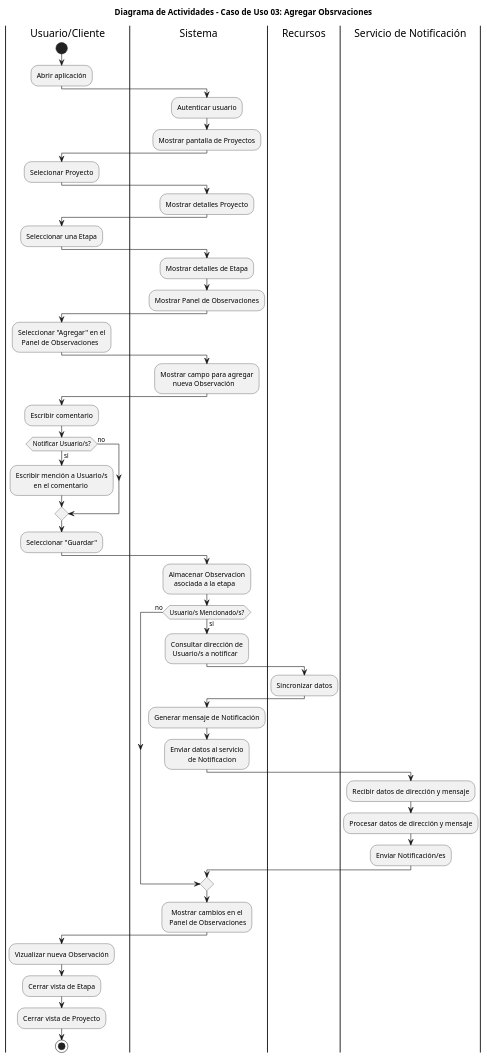
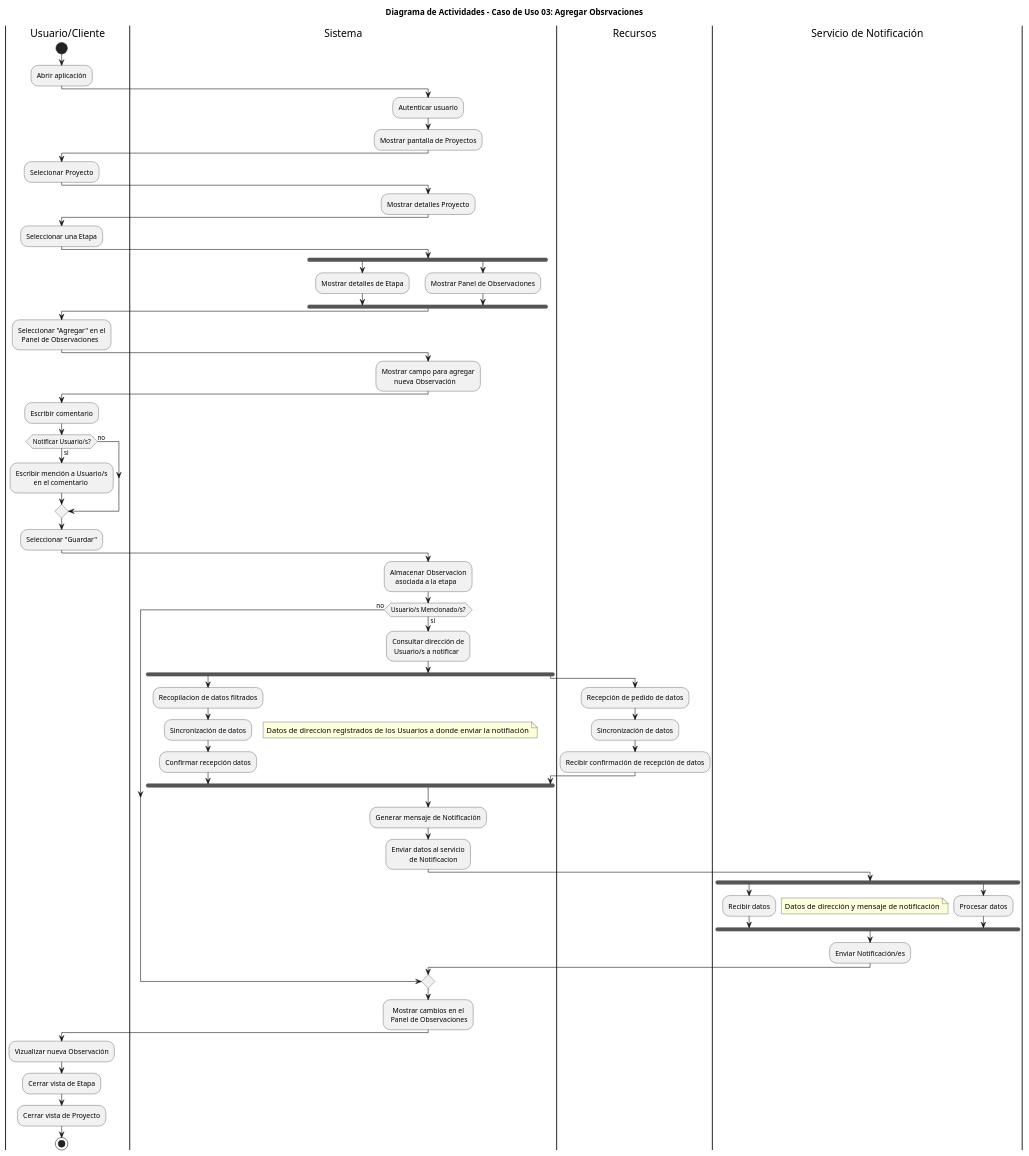
Before and after one commit to 9919-Mili/SistemaProductoraVideos: the diagram in diagramas/04-diagramas-actividades/04-actividad-agregar-observaciones-03.puml, drawn with PlantUML. The commit also changed 3 other files, not shown here.

Commit message:
Fix diagramas de actividades 3, 4 y 5, y changelog

```diff
--- a/diagramas/04-diagramas-actividades/04-actividad-agregar-observaciones-03.puml
+++ b/diagramas/04-diagramas-actividades/04-actividad-agregar-observaciones-03.puml
@@ -1,81 +1,99 @@
 @startuml Diagrama_Actividades_Agregar_Observaciones
 title Diagrama de Actividades - Caso de Uso 03: Agregar Obsrvaciones
 |Usuario/Cliente|
 |Sistema|
 |Recursos|
 |Servicio de Notificación|
 |Usuario/Cliente|
 start
 |Usuario/Cliente|
 :Abrir aplicación;
 
 |Sistema|
   :Autenticar usuario;
   :Mostrar pantalla de Proyectos;
   
   |Usuario/Cliente| 
   :Selecionar Proyecto;
 
 |Sistema|
   :Mostrar detalles Proyecto;
 
   |Usuario/Cliente| 
   :Seleccionar una Etapa;
 
 
 |Sistema|
+fork
   :Mostrar detalles de Etapa;
+fork again
   :Mostrar Panel de Observaciones;
+endfork
 
   |Usuario/Cliente|
   :Seleccionar "Agregar" en el
     Panel de Observaciones;
 
 |Sistema|
   :Mostrar campo para agregar
          nueva Observación;
 
 |Usuario/Cliente|
   :Escribir comentario;
   if (Notificar Usuario/s?) then (si)
   :Escribir mención a Usuario/s 
             en el comentario;
   else (no)
   endif
   :Seleccionar "Guardar";
 
   |Sistema|
   :Almacenar Observacion 
      asociada a la etapa;
   if (Usuario/s Mencionado/s?) then (si)
   :Consultar dirección de
    Usuario/s a notificar;
 
+|Sistema|
+fork
+  :Recopilacion de datos filtrados;
+  :Sincronización de datos;
+floating note right: Datos de direccion registrados de los Usuarios a donde enviar la notifiación
+  :Confirmar recepción datos;
 |Recursos|
-  :Sincronizar datos;
+  fork again
+  :Recepción de pedido de datos;
+  :Sincronización de datos;
+  :Recibir confirmación de recepción de datos;
+|Sistema|
+end fork
 
   |Sistema|
   :Generar mensaje de Notificación;
   :Enviar datos al servicio
             de Notificacion;
 
 |Servicio de Notificación|
-  :Recibir datos de dirección y mensaje;
-  :Procesar datos de dirección y mensaje;
+fork
+  :Recibir datos;
+  floating note right: Datos de dirección y mensaje de notificación
+fork again
+  :Procesar datos;
+endfork
   :Enviar Notificación/es;
 
 |Usuario/Cliente|
 else (no)
 endif
 
 |Sistema|
 :  Mostrar cambios en el
  Panel de Observaciones;
 
 |Usuario/Cliente|
 :Vizualizar nueva Observación;
 :Cerrar vista de Etapa;
 :Cerrar vista de Proyecto;
 stop
 
 @enduml
```
